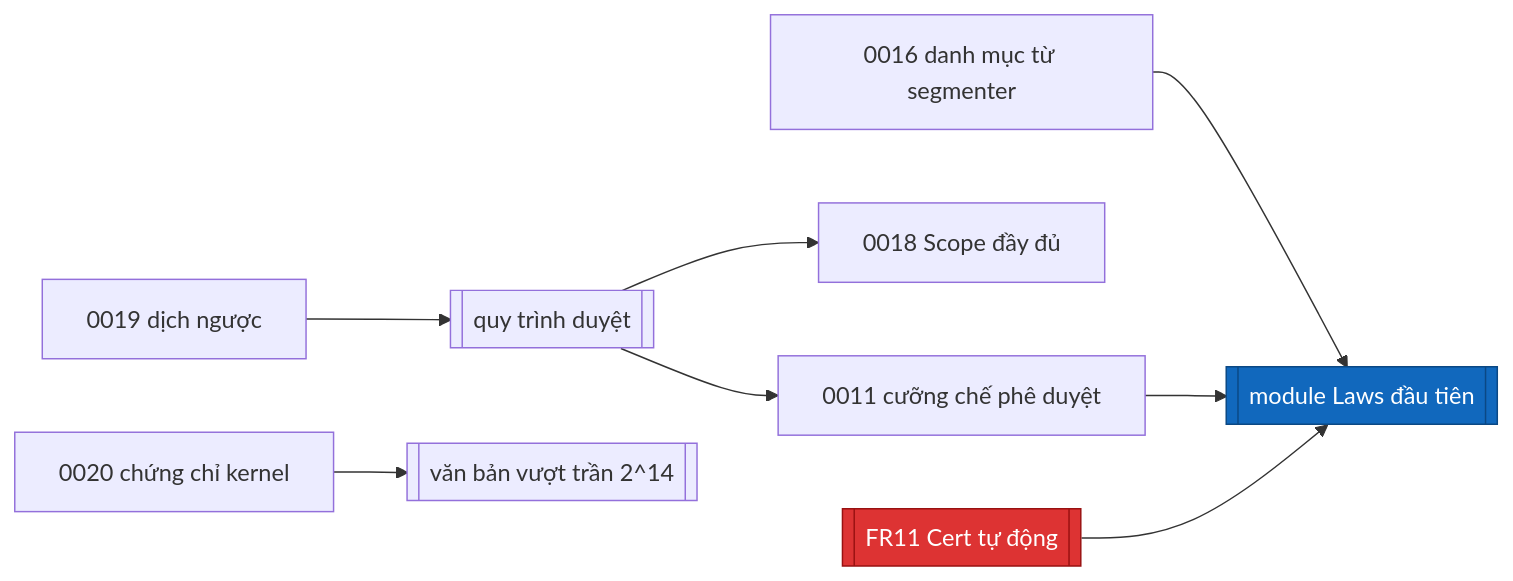
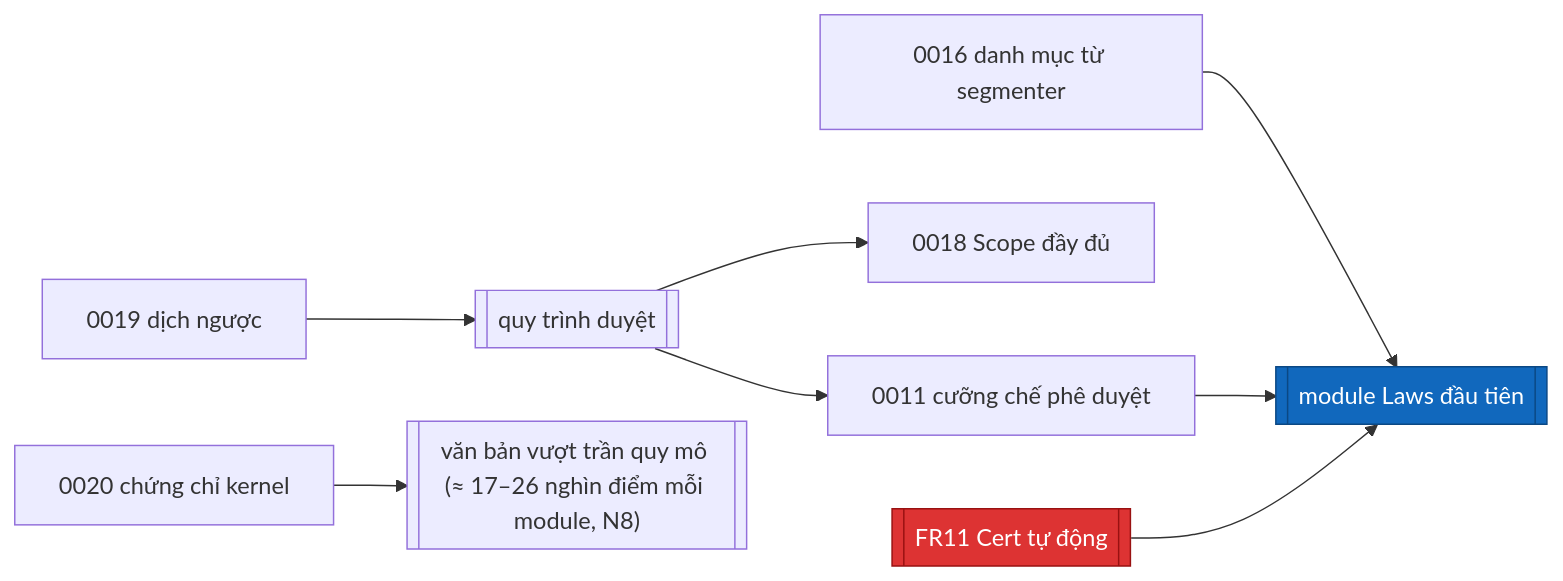
One commit to muahahaha55/LexProof changed the diagram in docs/decisions/README.md. Above: the diagram before and after it, drawn with Mermaid. The commit also changed 26 other files, not shown here.

````diff
--- a/docs/decisions/README.md
+++ b/docs/decisions/README.md
@@ -54,14 +54,14 @@
 ```mermaid
 flowchart LR
     LAWS[["module Laws đầu tiên"]]
     A0016[0016 danh mục từ segmenter] --> LAWS
     A0019[0019 dịch ngược] --> REV[["quy trình duyệt"]]
     REV --> A0018[0018 Scope đầy đủ]
     REV --> A0011[0011 cưỡng chế phê duyệt]
     A0011 --> LAWS
-    A0020[0020 chứng chỉ kernel] --> SCALE[["văn bản vượt trần 2^14"]]
+    A0020[0020 chứng chỉ kernel] --> SCALE[["văn bản vượt trần quy mô (≈ 17–26 nghìn điểm mỗi module, N8)"]]
     CERT[["FR11 Cert tự động"]] --> LAWS
 
     style LAWS fill:#1168bd,stroke:#0b4884,color:#fff
     style CERT fill:#d33,stroke:#911,color:#fff
 ```
````
